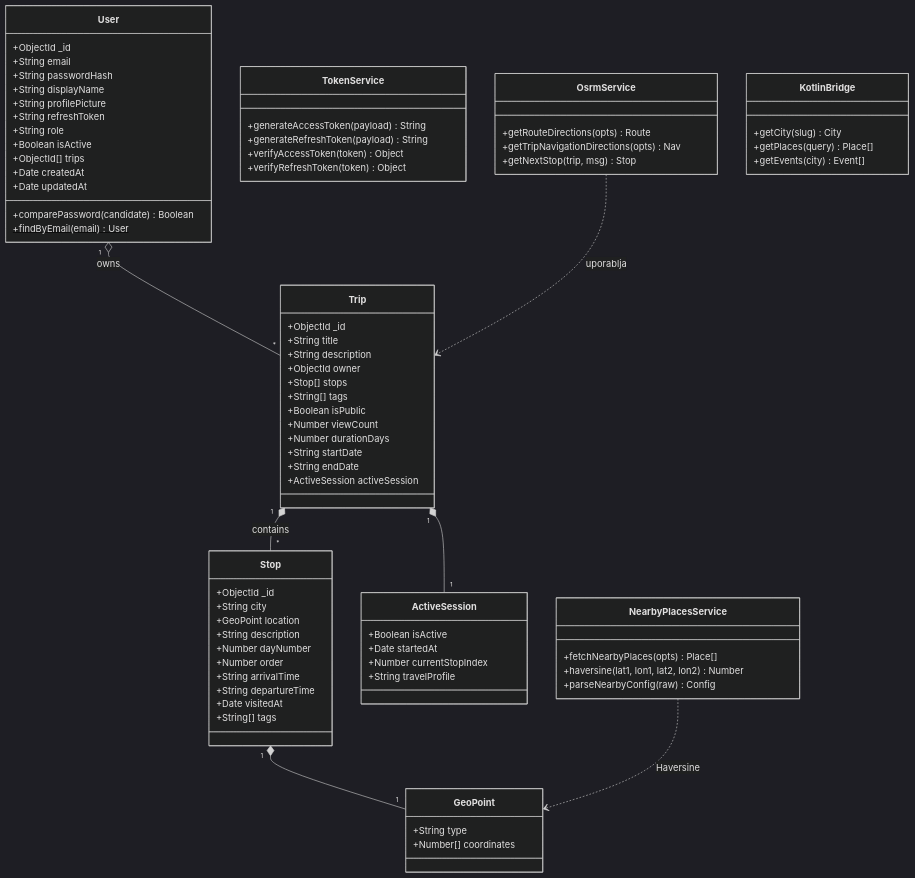
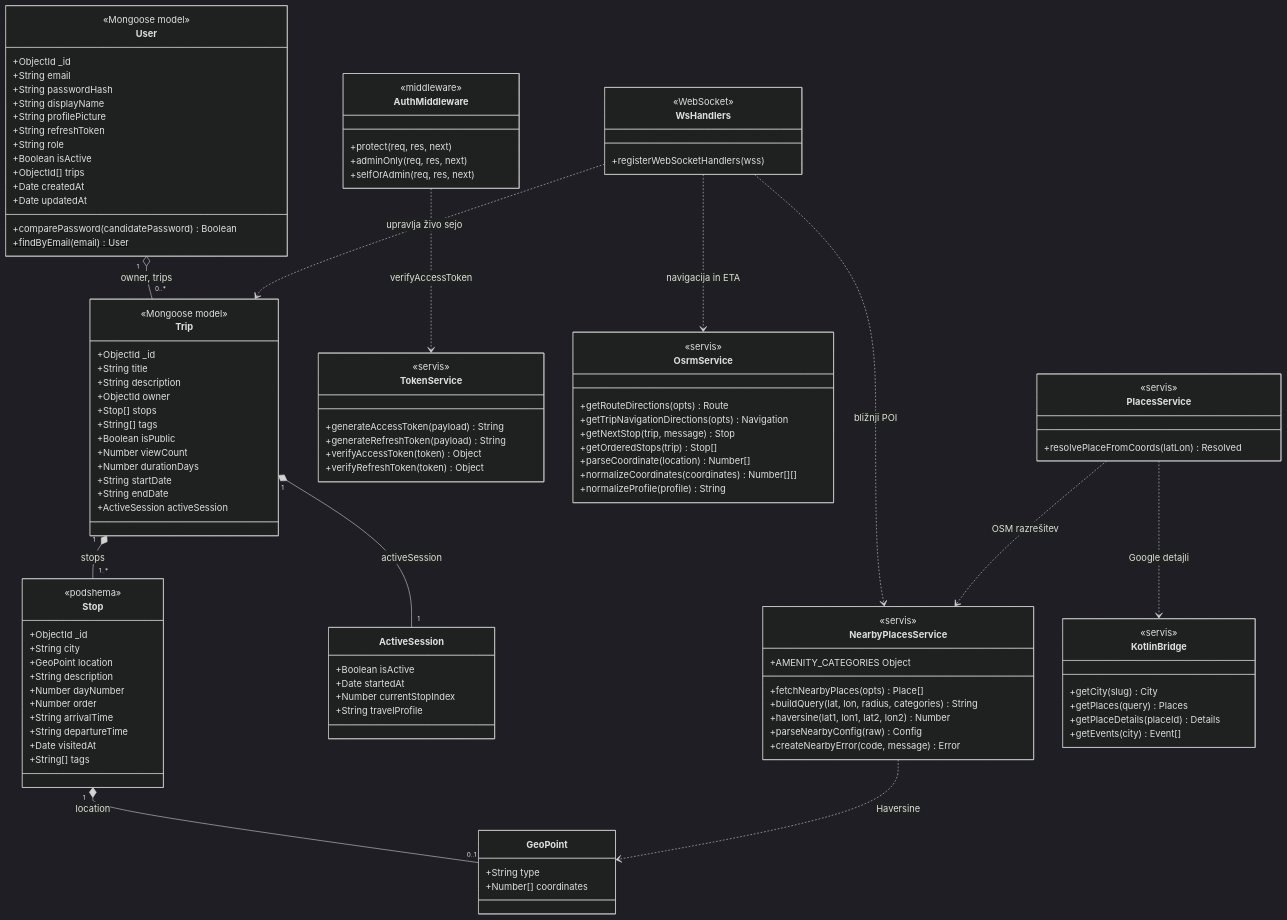
One commit to DropInSlovenia/dokumentacija changed the sixth of 11 diagrams in DOKUMENTACIJA.md. Above: the diagram before and after it, drawn with Mermaid (dark theme). The commit also changed other lines of this file, not shown here.

````diff
--- a/DOKUMENTACIJA.md
+++ b/DOKUMENTACIJA.md
@@ -436,6 +442,7 @@
 ```mermaid
 classDiagram
     class User {
+        <<Mongoose model>>
         +ObjectId _id
         +String email
         +String passwordHash
@@ -447,11 +454,12 @@
         +ObjectId[] trips
         +Date createdAt
         +Date updatedAt
-        +comparePassword(candidate) Boolean
+        +comparePassword(candidatePassword) Boolean
         +findByEmail(email) User$
     }
 
     class Trip {
+        <<Mongoose model>>
         +ObjectId _id
         +String title
         +String description
@@ -467,6 +475,7 @@
     }
 
     class Stop {
+        <<podshema>>
         +ObjectId _id
         +String city
         +GeoPoint location
@@ -492,6 +501,7 @@
     }
 
     class TokenService {
+        <<servis>>
         +generateAccessToken(payload) String
         +generateRefreshToken(payload) String
         +verifyAccessToken(token) Object
@@ -499,27 +509,60 @@
     }
 
     class OsrmService {
+        <<servis>>
         +getRouteDirections(opts) Route
-        +getTripNavigationDirections(opts) Nav
-        +getNextStop(trip, msg) Stop
+        +getTripNavigationDirections(opts) Navigation
+        +getNextStop(trip, message) Stop
+        +getOrderedStops(trip) Stop[]
+        +parseCoordinate(location) Number[]
+        +normalizeCoordinates(coordinates) Number[][]
+        +normalizeProfile(profile) String
     }
 
     class NearbyPlacesService {
+        <<servis>>
+        +AMENITY_CATEGORIES Object
         +fetchNearbyPlaces(opts) Place[]
+        +buildQuery(lat, lon, radius, categories) String
         +haversine(lat1, lon1, lat2, lon2) Number
         +parseNearbyConfig(raw) Config
+        +createNearbyError(code, message) Error
+    }
+
+    class PlacesService {
+        <<servis>>
+        +resolvePlaceFromCoords(latLon) Resolved
     }
 
     class KotlinBridge {
+        <<servis>>
         +getCity(slug) City
-        +getPlaces(query) Place[]
+        +getPlaces(query) Places
+        +getPlaceDetails(placeId) Details
         +getEvents(city) Event[]
     }
 
-    User "1" o-- "*" Trip : owns
-    Trip "1" *-- "*" Stop : contains
-    Trip "1" *-- "1" ActiveSession
-    Stop "1" *-- "1" GeoPoint
-    OsrmService ..> Trip : uporablja
+    class AuthMiddleware {
+        <<middleware>>
+        +protect(req, res, next)
+        +adminOnly(req, res, next)
+        +selfOrAdmin(req, res, next)
+    }
+
+    class WsHandlers {
+        <<WebSocket>>
+        +registerWebSocketHandlers(wss)
+    }
+
+    User "1" o-- "0..*" Trip : owner, trips
+    Trip "1" *-- "1..*" Stop : stops
+    Trip "1" *-- "1" ActiveSession : activeSession
+    Stop "1" *-- "0..1" GeoPoint : location
+    AuthMiddleware ..> TokenService : verifyAccessToken
+    WsHandlers ..> OsrmService : navigacija in ETA
+    WsHandlers ..> NearbyPlacesService : bližnji POI
+    WsHandlers ..> Trip : upravlja živo sejo
+    PlacesService ..> NearbyPlacesService : OSM razrešitev
+    PlacesService ..> KotlinBridge : Google detajli
     NearbyPlacesService ..> GeoPoint : Haversine
 ```
````
